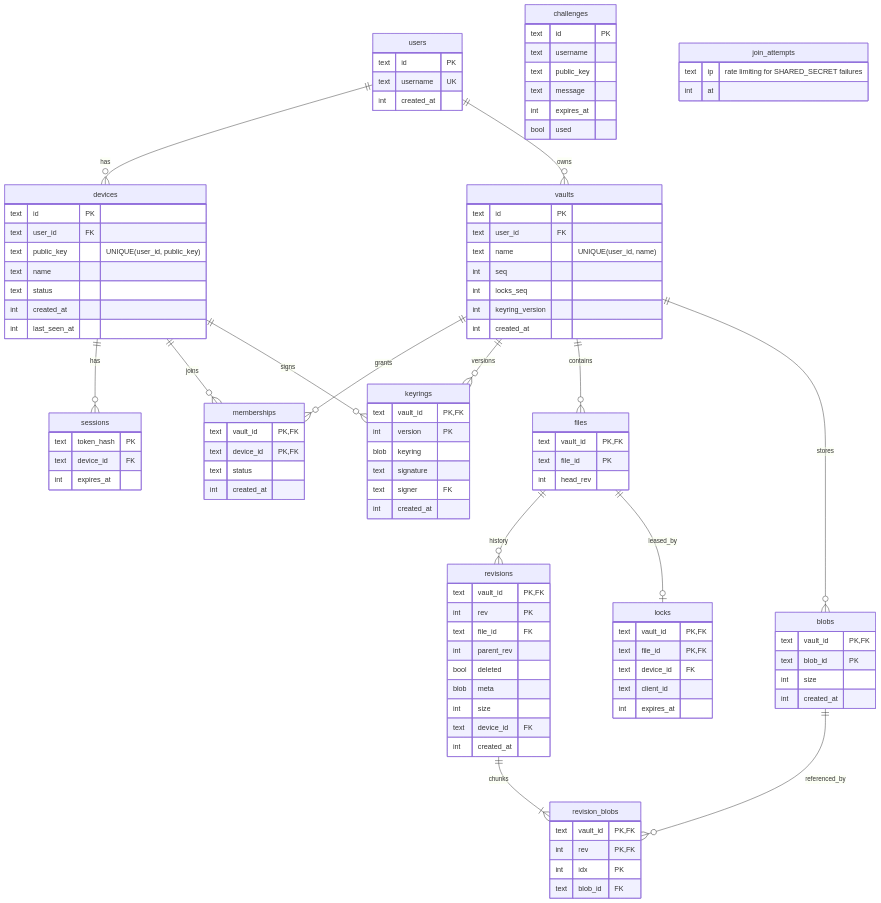
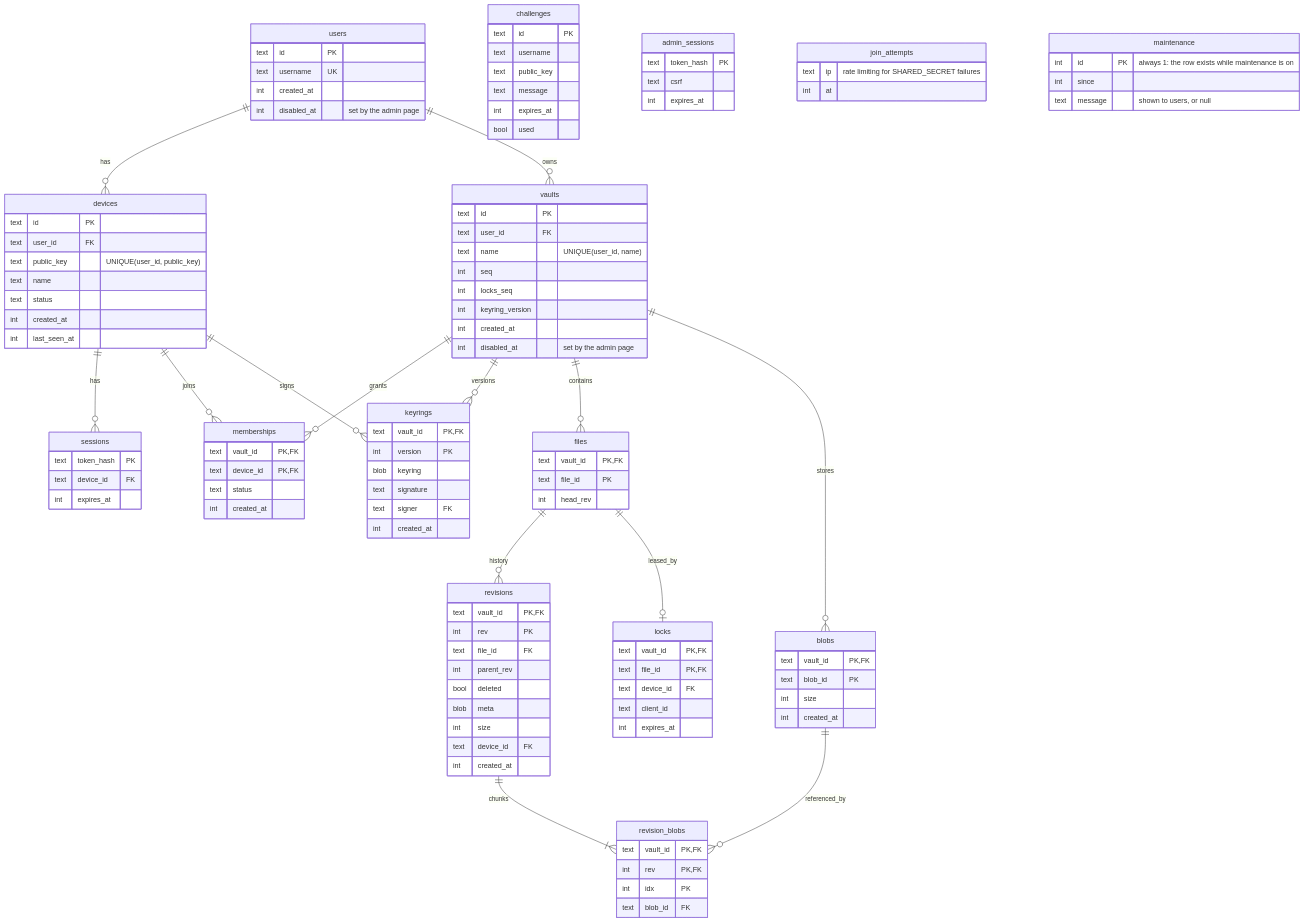
One commit to ibehren1/obsidian-vault-syncryption changed the second of 3 diagrams in docs/architecture.md. Above: the diagram before and after it, drawn with Mermaid. The commit also changed other lines of this file and 47 other files, not shown here.

````diff
--- a/docs/architecture.md
+++ b/docs/architecture.md
@@ -80,6 +81,7 @@
         text id PK
         text username UK
         int created_at
+        int disabled_at "set by the admin page"
     }
     devices {
         text id PK
@@ -111,6 +113,7 @@
         int locks_seq
         int keyring_version
         int created_at
+        int disabled_at "set by the admin page"
     }
     memberships {
         text vault_id PK, FK
@@ -161,8 +164,18 @@
         text client_id
         int expires_at
     }
+    admin_sessions {
+        text token_hash PK
+        text csrf
+        int expires_at
+    }
     join_attempts {
         text ip "rate limiting for SHARED_SECRET failures"
         int at
     }
+    maintenance {
+        int id PK "always 1: the row exists while maintenance is on"
+        int since
+        text message "shown to users, or null"
+    }
 ```
````
